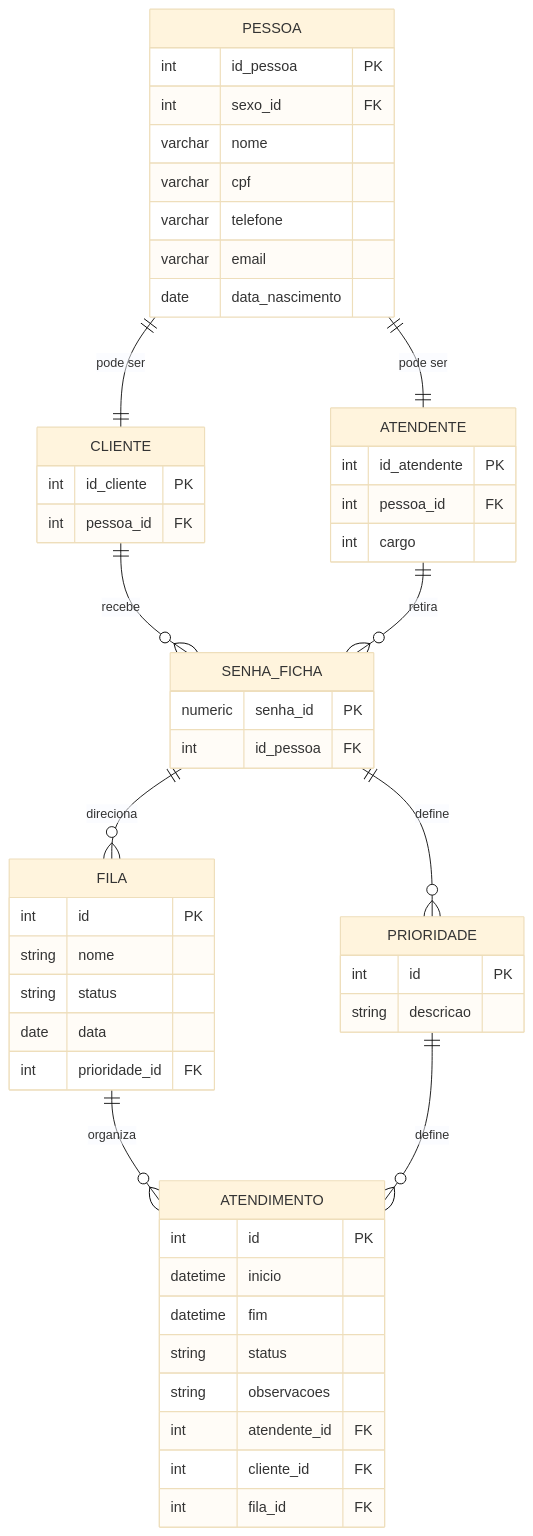
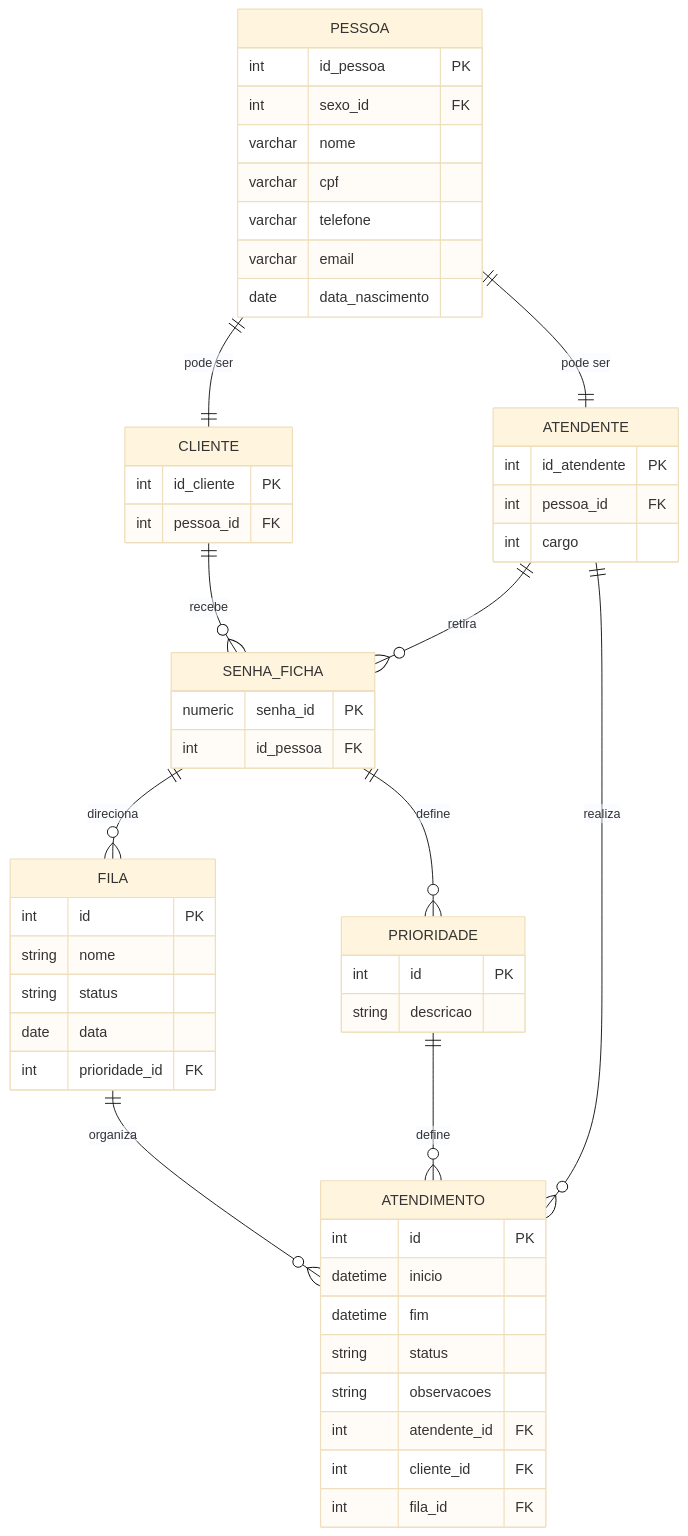
One commit to limadev27/Modelagem-de-Banco-de-Dados-com-PostgreSQL---Atividade changed the diagram in README.md. Above: the diagram before and after it, drawn with Mermaid (base theme).

Commit message:
Add relationship between ATENDENTE and ATENDIMENTO

````diff
--- a/README.md
+++ b/README.md
@@ -42,66 +42,67 @@
 ```mermaid
 erDiagram
     PESSOA {
         int id_pessoa PK
         int sexo_id FK
         varchar nome
         varchar cpf
         varchar telefone
         varchar email
         date data_nascimento
     }
 
     CLIENTE {
         int id_cliente PK
         int pessoa_id FK
     }
 
     ATENDENTE {
         int id_atendente PK
         int pessoa_id FK
         int cargo
         
     }
 
     SENHA_FICHA{
         numeric senha_id PK
         int id_pessoa FK
 
     }
 
     FILA {
         int id PK
         string nome
         string status
         date data
         int prioridade_id FK
     }
 
     PRIORIDADE {
         int id PK
         string descricao
     }
 
     ATENDIMENTO {
         int id PK
         datetime inicio
         datetime fim
         string status
         string observacoes
         int atendente_id FK
         int cliente_id FK
         int fila_id FK
     }
 
     PESSOA ||--|| CLIENTE : "pode ser"
     PESSOA ||--|| ATENDENTE : "pode ser"
     
     CLIENTE ||--o{ SENHA_FICHA : "recebe"
     ATENDENTE ||--o{ SENHA_FICHA : "retira"
+    ATENDENTE ||--o{ ATENDIMENTO : "realiza"
     
     SENHA_FICHA ||--o{ FILA : "direciona"
     SENHA_FICHA ||--o{ PRIORIDADE : "define"
 
     FILA ||--o{ ATENDIMENTO : "organiza"
     PRIORIDADE ||--o{ ATENDIMENTO : "define"
 ```
````
